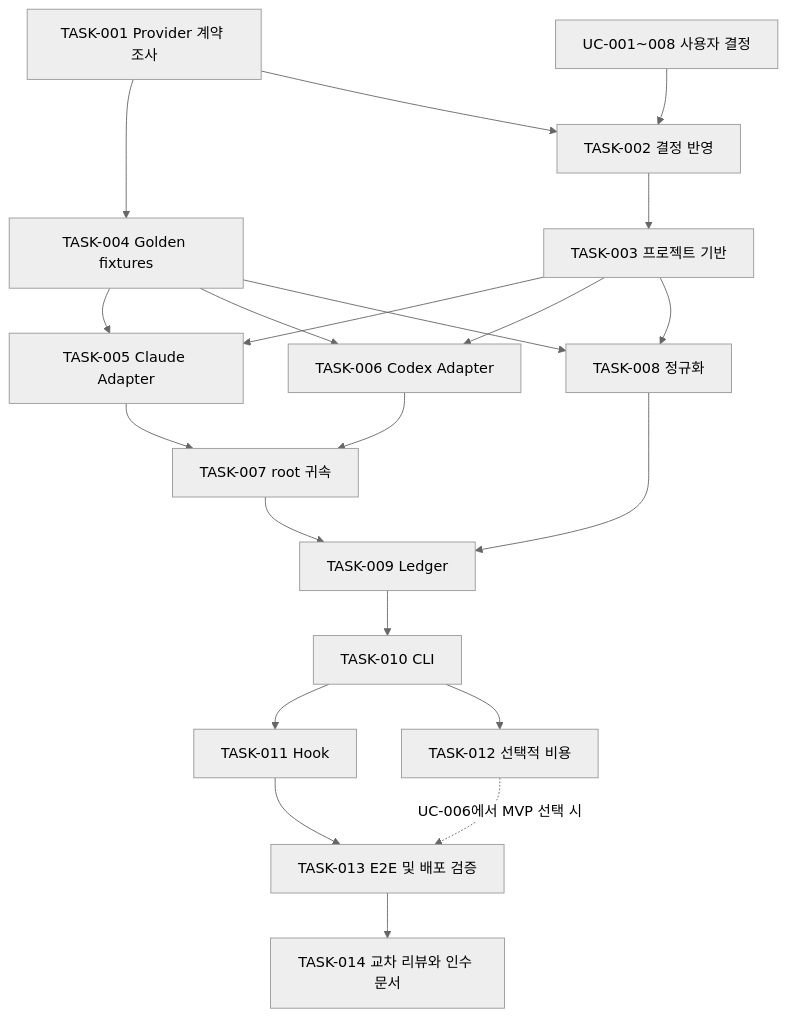
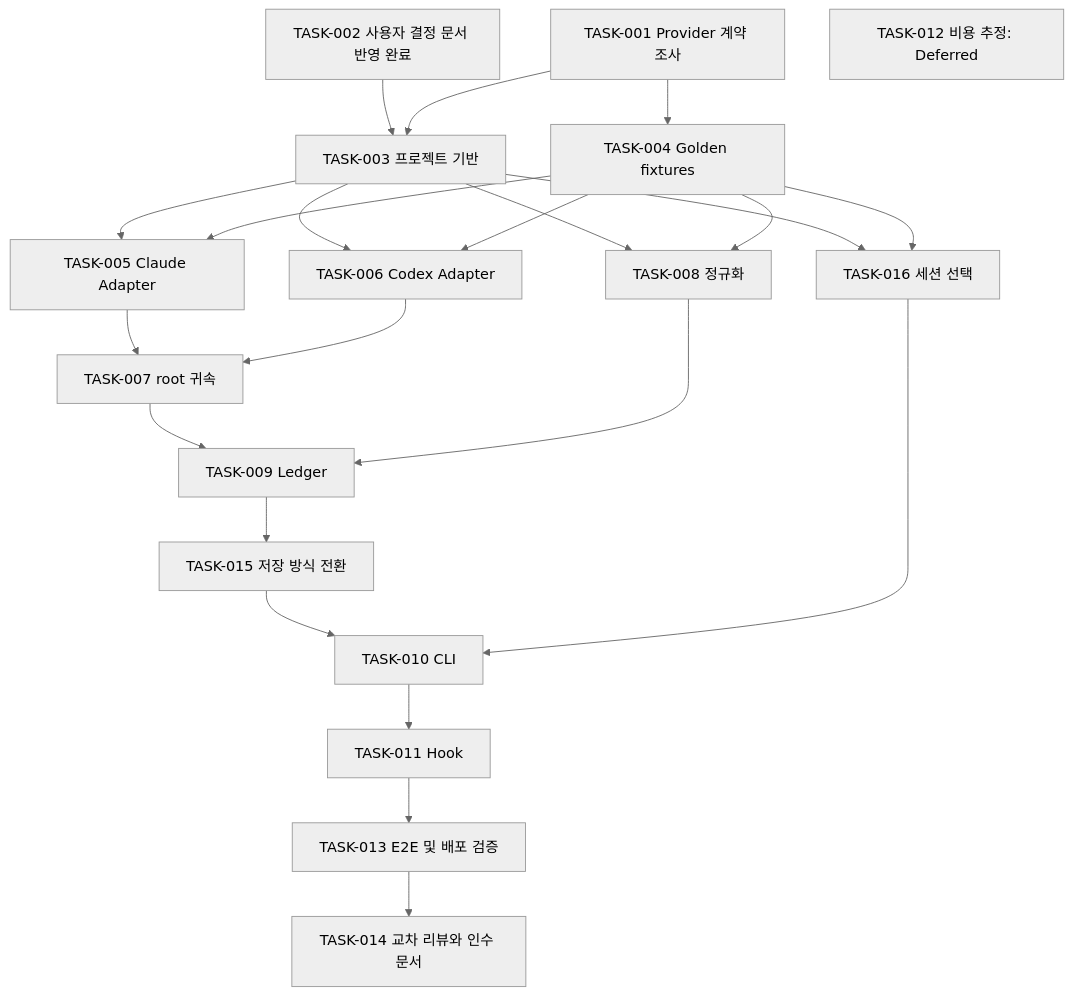
One commit to jaywapp/task-token-meter changed the diagram in docs/prepare/plan.md. Above: the diagram before and after it, drawn with Mermaid (neutral theme). The commit also changed other lines of this file and 3 other files, not shown here.

````diff
--- a/docs/prepare/plan.md
+++ b/docs/prepare/plan.md
@@ -29,23 +30,25 @@
 ```mermaid
 flowchart TD
-    T01[TASK-001 Provider 계약 조사] --> T04[TASK-004 Golden fixtures]
-    T01 --> T02[TASK-002 결정 반영]
-    UC[UC-001~008 사용자 결정] --> T02
-    T02 --> T03[TASK-003 프로젝트 기반]
+    T02[TASK-002 사용자 결정 문서 반영 완료] --> T03[TASK-003 프로젝트 기반]
+    T01[TASK-001 Provider 계약 조사] --> T03
+    T01 --> T04[TASK-004 Golden fixtures]
     T03 --> T05[TASK-005 Claude Adapter]
     T03 --> T06[TASK-006 Codex Adapter]
     T03 --> T08[TASK-008 정규화]
+    T03 --> T16[TASK-016 세션 선택]
     T04 --> T05
     T04 --> T06
     T04 --> T08
+    T04 --> T16
     T05 --> T07[TASK-007 root 귀속]
     T06 --> T07
     T07 --> T09[TASK-009 Ledger]
     T08 --> T09
-    T09 --> T10[TASK-010 CLI]
+    T09 --> T15[TASK-015 저장 방식 전환]
+    T15 --> T10[TASK-010 CLI]
+    T16 --> T10
     T10 --> T11[TASK-011 Hook]
-    T10 --> T12[TASK-012 선택적 비용]
     T11 --> T13[TASK-013 E2E 및 배포 검증]
-    T12 -. UC-006에서 MVP 선택 시 .-> T13
     T13 --> T14[TASK-014 교차 리뷰와 인수 문서]
+    T12[TASK-012 비용 추정: Deferred]
 ```
````
